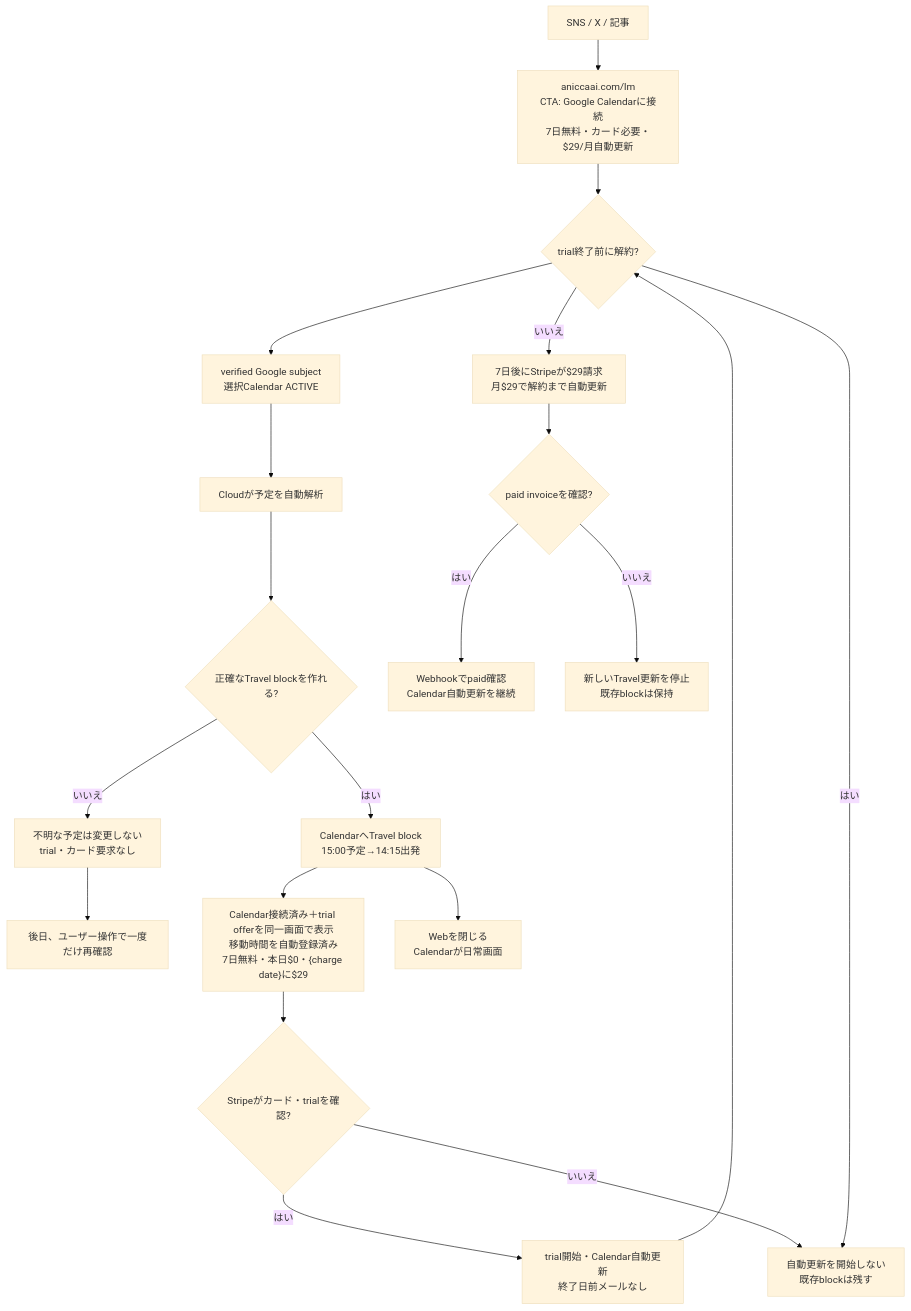
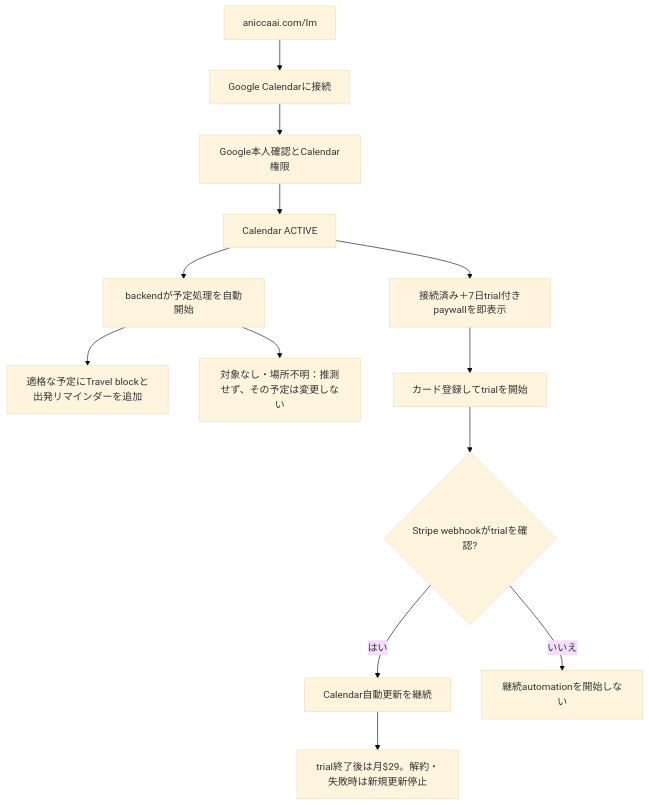
Before and after one commit to Daisuke134/life-manager: the diagram in docs/superpowers/specs/2026-10-06-life-manager-web-first-travel-design.md, drawn with Mermaid (base theme). The commit also changed other lines of this file and 3 other files, not shown here.

Commit message:
docs(lm): align web paywall with Telegram flow

````diff
--- a/docs/superpowers/specs/2026-10-06-life-manager-web-first-travel-design.md
+++ b/docs/superpowers/specs/2026-10-06-life-manager-web-first-travel-design.md
@@ -105,22 +106,15 @@
 ```mermaid
 flowchart TD
-    A["SNS / X / 記事"] --> B["aniccaai.com/lm<br/>CTA: Google Calendarに接続<br/>7日無料・カード必要・$29/月自動更新"]
-    B --> C["Googleで本人確認<br/>Calendar権限を許可"]
-    C --> D["verified Google subject<br/>選択Calendar ACTIVE"]
-    D --> E["Cloudが予定を自動解析"]
-    E --> F{"正確なTravel blockを作れる?"}
-    F -- "はい" --> G["CalendarへTravel block<br/>15:00予定→14:15出発"]
-    F -- "いいえ" --> Z["不明な予定は変更しない<br/>trial・カード要求なし"]
-    Z --> R["後日、ユーザー操作で一度だけ再確認"]
-    G --> H["Calendar接続済み＋trial offerを同一画面で表示<br/>移動時間を自動登録済み<br/>7日無料・本日$0・{charge date}に$29"]
-    H --> J{"Stripeがカード・trialを確認?"}
-    J -- "はい" --> K["trial開始・Calendar自動更新<br/>終了日前メールなし"]
-    J -- "いいえ" --> L["自動更新を開始しない<br/>既存blockは残す"]
-    K --> C{"trial終了前に解約?"}
-    C -- "はい" --> L
-    C -- "いいえ" --> M["7日後にStripeが$29請求<br/>月$29で解約まで自動更新"]
-    M --> N{"paid invoiceを確認?"}
-    N -- "はい" --> O["Webhookでpaid確認<br/>Calendar自動更新を継続"]
-    N -- "いいえ" --> P["新しいTravel更新を停止<br/>既存blockは保持"]
-    G --> Q["Webを閉じる<br/>Calendarが日常画面"]
+    A["aniccaai.com/lm"] --> B["Google Calendarに接続"]
+    B --> C["Google本人確認とCalendar権限"]
+    C --> D["Calendar ACTIVE"]
+    D --> E["接続済み＋7日trial付きpaywallを即表示"]
+    D --> F["backendが予定処理を自動開始"]
+    F --> G["適格な予定にTravel blockと出発リマインダーを追加"]
+    F --> H["対象なし・場所不明：推測せず、その予定は変更しない"]
+    E --> I["カード登録してtrialを開始"]
+    I --> J{"Stripe webhookがtrialを確認?"}
+    J -- "はい" --> K["Calendar自動更新を継続"]
+    J -- "いいえ" --> L["継続automationを開始しない"]
+    K --> M["trial終了後は月$29。解約・失敗時は新規更新停止"]
 ```
````
